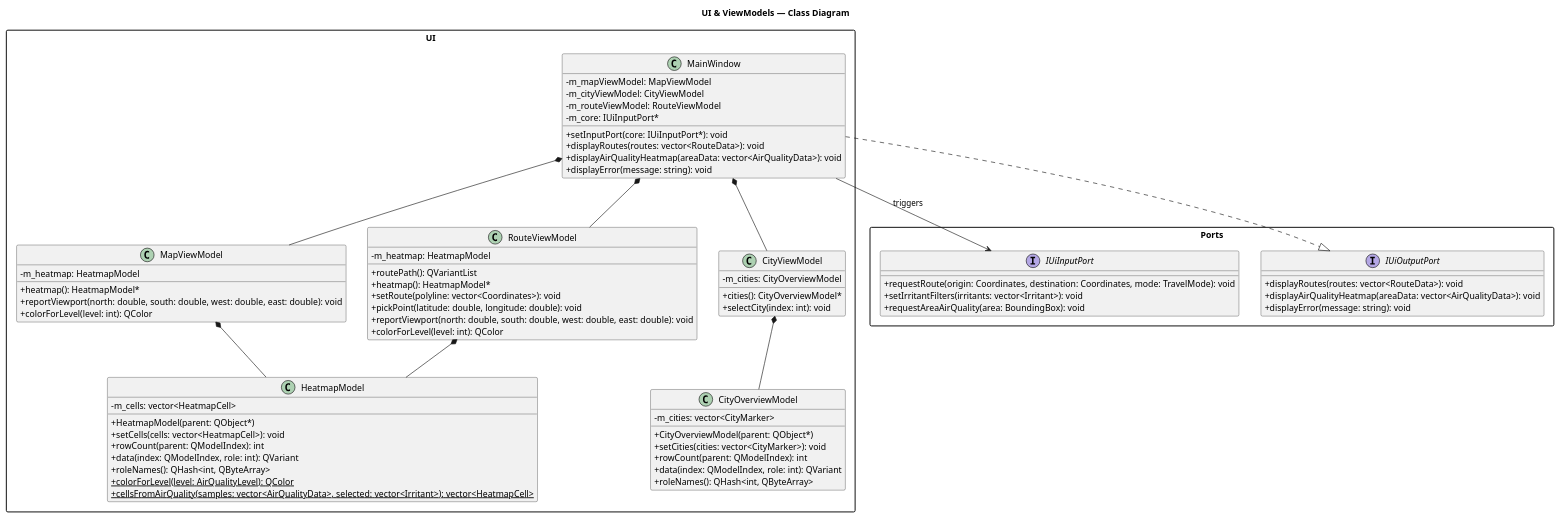
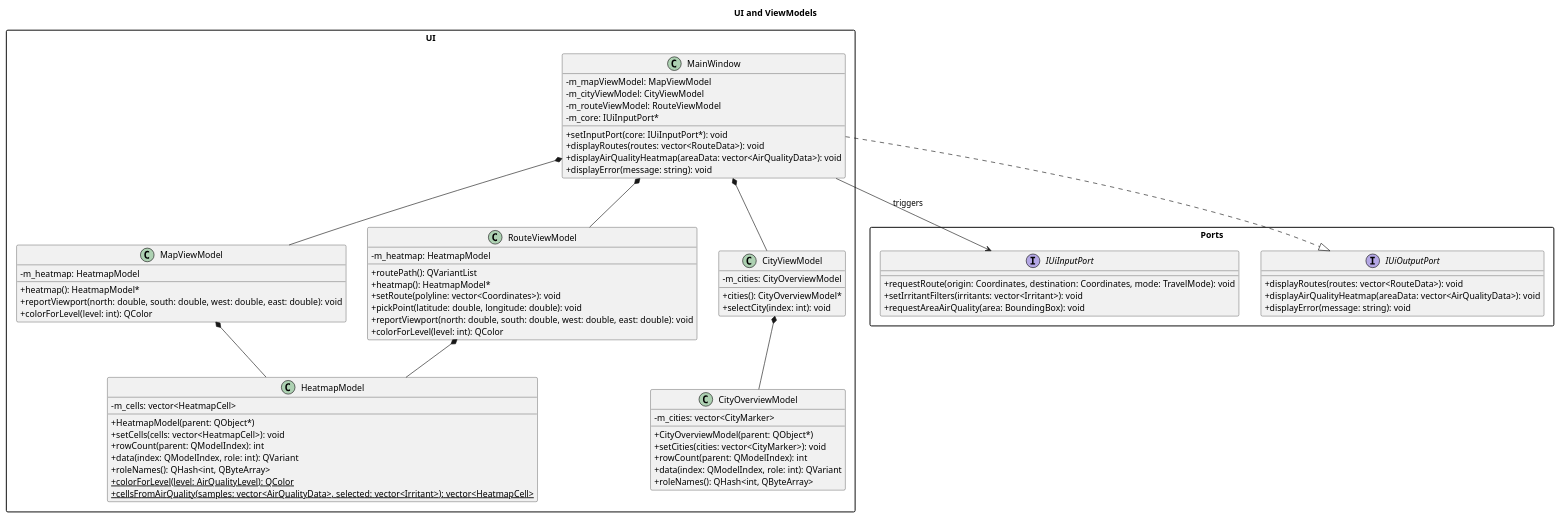
One commit to spakett/comp-se-110-project changed the diagram in docs/uml/ui_viewmodels.puml. Above: the diagram before and after it, drawn with PlantUML.

Commit message:
chore: format UI UML graph

```diff
--- a/docs/uml/ui_viewmodels.puml
+++ b/docs/uml/ui_viewmodels.puml
@@ -1,87 +1,87 @@
 @startuml CommutePlanner_UI_ViewModels
 skinparam classAttributeIconSize 0
 skinparam packageStyle rectangle
 
-title UI & ViewModels — Class Diagram
+title UI and ViewModels
 
 package "Ports" {
     interface IUiInputPort {
         +requestRoute(origin: Coordinates, destination: Coordinates, mode: TravelMode): void
         +setIrritantFilters(irritants: vector<Irritant>): void
         +requestAreaAirQuality(area: BoundingBox): void
     }
 
     interface IUiOutputPort {
         +displayRoutes(routes: vector<RouteData>): void
         +displayAirQualityHeatmap(areaData: vector<AirQualityData>): void
         +displayError(message: string): void
     }
 }
 
 package "UI" {
     class MainWindow {
         -m_mapViewModel: MapViewModel
         -m_cityViewModel: CityViewModel
         -m_routeViewModel: RouteViewModel
         -m_core: IUiInputPort*
         +setInputPort(core: IUiInputPort*): void
         +displayRoutes(routes: vector<RouteData>): void
         +displayAirQualityHeatmap(areaData: vector<AirQualityData>): void
         +displayError(message: string): void
     }
 
     class MapViewModel {
         -m_heatmap: HeatmapModel
         +heatmap(): HeatmapModel*
         +reportViewport(north: double, south: double, west: double, east: double): void
         +colorForLevel(level: int): QColor
     }
 
     class CityViewModel {
         -m_cities: CityOverviewModel
         +cities(): CityOverviewModel*
         +selectCity(index: int): void
     }
 
     class RouteViewModel {
         -m_heatmap: HeatmapModel
         +routePath(): QVariantList
         +heatmap(): HeatmapModel*
         +setRoute(polyline: vector<Coordinates>): void
         +pickPoint(latitude: double, longitude: double): void
         +reportViewport(north: double, south: double, west: double, east: double): void
         +colorForLevel(level: int): QColor
     }
 
     class HeatmapModel {
         -m_cells: vector<HeatmapCell>
         +HeatmapModel(parent: QObject*)
         +setCells(cells: vector<HeatmapCell>): void
         +rowCount(parent: QModelIndex): int
         +data(index: QModelIndex, role: int): QVariant
         +roleNames(): QHash<int, QByteArray>
         +{static} colorForLevel(level: AirQualityLevel): QColor
         +{static} cellsFromAirQuality(samples: vector<AirQualityData>, selected: vector<Irritant>): vector<HeatmapCell>
     }
 
     class CityOverviewModel {
         -m_cities: vector<CityMarker>
         +CityOverviewModel(parent: QObject*)
         +setCities(cities: vector<CityMarker>): void
         +rowCount(parent: QModelIndex): int
         +data(index: QModelIndex, role: int): QVariant
         +roleNames(): QHash<int, QByteArray>
     }
 }
 
 MainWindow ..|> IUiOutputPort
 MainWindow --> IUiInputPort : triggers
 MainWindow *-- MapViewModel
 MainWindow *-- CityViewModel
 MainWindow *-- RouteViewModel
 
 MapViewModel *-- HeatmapModel
 RouteViewModel *-- HeatmapModel
 CityViewModel *-- CityOverviewModel
 
 @enduml
```
